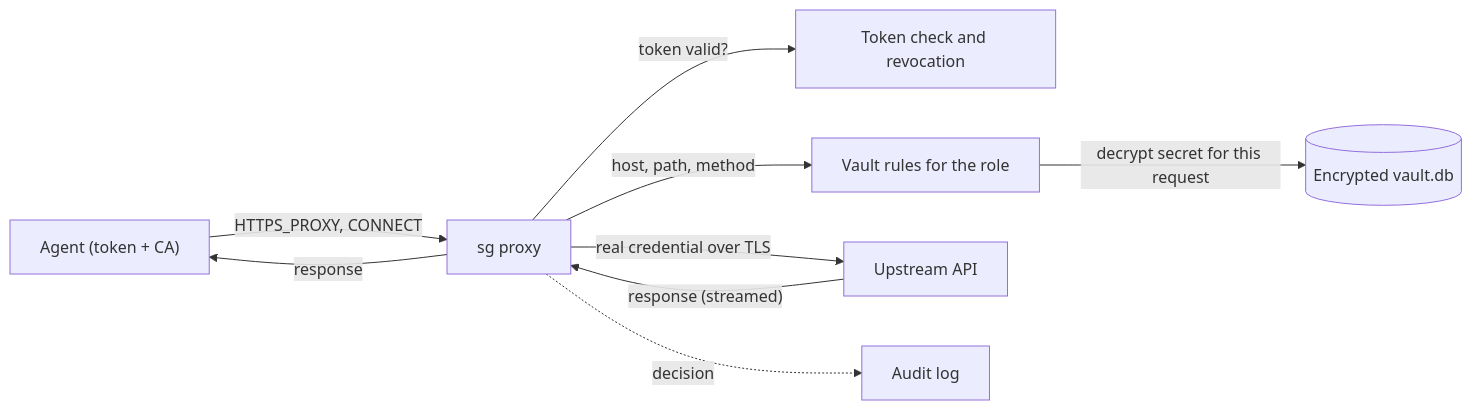
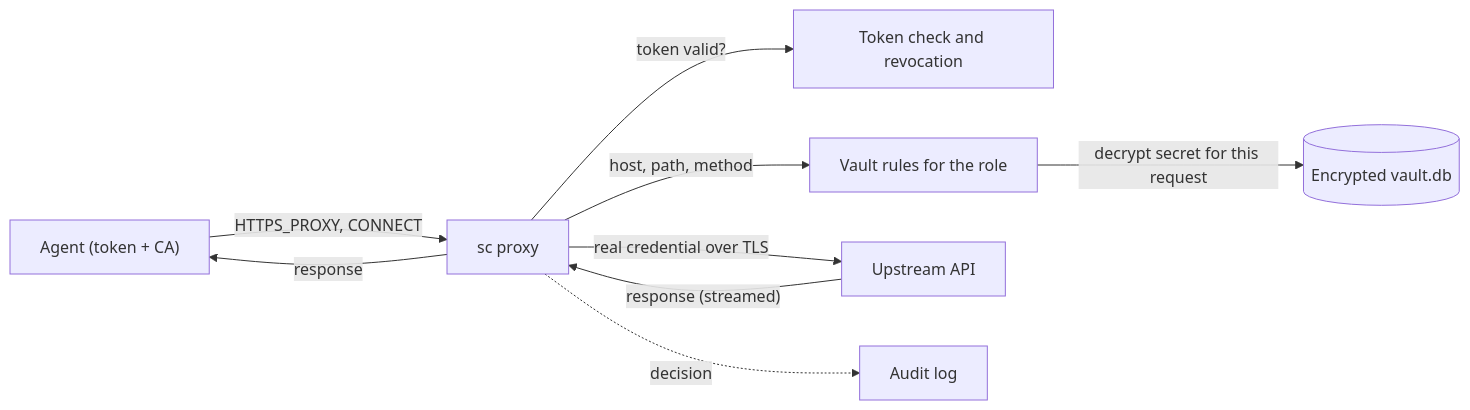
The diagram in README.md (javanton/secret-custodian), drawn with Mermaid before and after one commit. The commit also changed other lines of this file and 32 other files, not shown here.

````diff
--- a/README.md
+++ b/README.md
@@ -55,11 +55,11 @@
 ```mermaid
 flowchart LR
-    A["Agent (token + CA)"] -->|"HTTPS_PROXY, CONNECT"| P["sg proxy"]
+    A["Agent (token + CA)"] -->|"HTTPS_PROXY, CONNECT"| P["sc proxy"]
     P -->|"token valid?"| T["Token check and revocation"]
     P -->|"host, path, method"| R["Vault rules for the role"]
     R -->|"decrypt secret for this request"| V[("Encrypted vault.db")]
     P -->|"real credential over TLS"| U["Upstream API"]
     U -->|"response (streamed)"| P
     P -->|"response"| A
     P -.->|"decision"| L["Audit log"]
 ```
````
